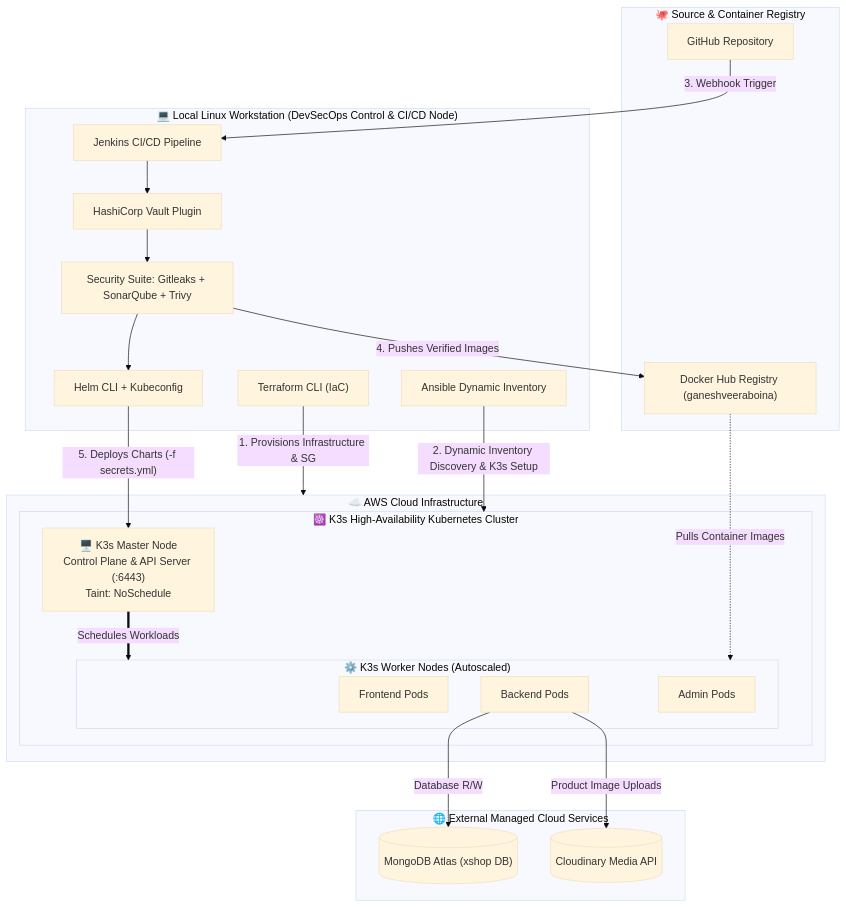
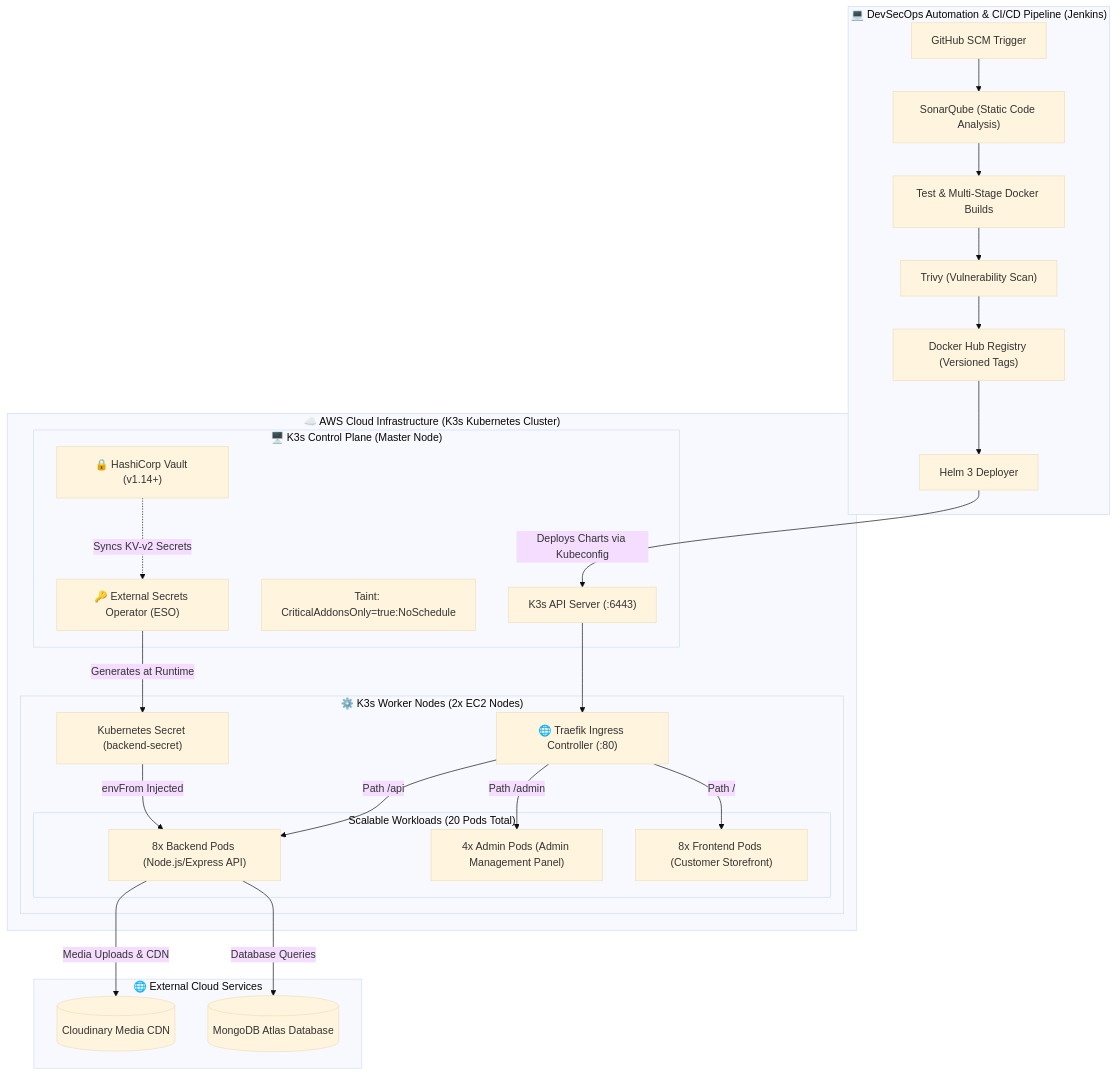
Before and after one commit to GANESHVEERABOINA/x-shop-devops: the diagram in README.md, drawn with Mermaid (base theme). The commit also changed other lines of this file, not shown here.

Commit message:
Docs: Update README.md with HashiCorp Vault, ESO, Traefik Ingress, and DevSecOps architecture

````diff
--- a/README.md
+++ b/README.md
@@ -26,46 +30,51 @@
 ```mermaid
 flowchart TB
-    subgraph Local["💻 Local Linux Workstation (DevSecOps Control & CI/CD Node)"]
-        TF["Terraform CLI (IaC)"]
-        ANS["Ansible Dynamic Inventory"]
-        JNK["Jenkins CI/CD Pipeline"]
-        VAULT["HashiCorp Vault Plugin"]
-        SEC["Security Suite: Gitleaks + SonarQube + Trivy"]
-        HLM["Helm CLI + Kubeconfig"]
-        
-        JNK --> VAULT --> SEC --> HLM
+    subgraph CI_CD["💻 DevSecOps Automation & CI/CD Pipeline (Jenkins)"]
+        SCM["GitHub SCM Trigger"]
+        SQ["SonarQube (Static Code Analysis)"]
+        BUILD["Test & Multi-Stage Docker Builds"]
+        TRIVY["Trivy (Vulnerability Scan)"]
+        DH["Docker Hub Registry (Versioned Tags)"]
+        HELM["Helm 3 Deployer"]
+
+        SCM --> SQ --> BUILD --> TRIVY --> DH --> HELM
     end
 
-    subgraph Registry["🐙 Source & Container Registry"]
-        GH["GitHub Repository"]
-        DH["Docker Hub Registry (ganeshveeraboina)"]
+    subgraph AWS["☁️ AWS Cloud Infrastructure (K3s Kubernetes Cluster)"]
+        subgraph MasterNode["🖥️ K3s Control Plane (Master Node)"]
+            K8sAPI["K3s API Server (:6443)"]
+            Taint["Taint: CriticalAddonsOnly=true:NoSchedule"]
+            Vault["🔒 HashiCorp Vault (v1.14+)"]
+            ESO["🔑 External Secrets Operator (ESO)"]
+        end
+
+        subgraph WorkerNodes["⚙️ K3s Worker Nodes (2x EC2 Nodes)"]
+            Traefik["🌐 Traefik Ingress Controller (:80)"]
+            
+            subgraph Workloads["Scalable Workloads (20 Pods Total)"]
+                FE["8x Frontend Pods (Customer Storefront)"]
+                BE["8x Backend Pods (Node.js/Express API)"]
+                AD["4x Admin Pods (Admin Management Panel)"]
+            end
+            
+            K8sSec["Kubernetes Secret (backend-secret)"]
+        end
+
+        K8sAPI --> Traefik
+        Vault -.->|"Syncs KV-v2 Secrets"| ESO
+        ESO -->|"Generates at Runtime"| K8sSec
+        K8sSec -->|"envFrom Injected"| BE
     end
 
-    subgraph AWS["☁️ AWS Cloud Infrastructure"]
-        subgraph K3sCluster["☸️ K3s High-Availability Kubernetes Cluster"]
-            Master["🖥️ K3s Master Node\nControl Plane & API Server (:6443)\nTaint: NoSchedule"]
-            
-            subgraph Workers["⚙️ K3s Worker Nodes (Autoscaled)"]
-                W_FE["Frontend Pods"]
-                W_BE["Backend Pods"]
-                W_AD["Admin Pods"]
-            end
-            
-            Master ==>|"Schedules Workloads"| Workers
-        end
+    subgraph External["🌐 External Cloud Services"]
+        MONGO[("MongoDB Atlas Database")]
+        CLOUDINARY[("Cloudinary Media CDN")]
     end
 
-    subgraph External["🌐 External Managed Cloud Services"]
-        MONGO[("MongoDB Atlas (xshop DB)")]
-        CLD[("Cloudinary Media API")]
-    end
-
-    TF -->|"1. Provisions Infrastructure & SG"| AWS
-    ANS -->|"2. Dynamic Inventory Discovery & K3s Setup"| K3sCluster
-    GH -->|"3. Webhook Trigger"| JNK
-    SEC -->|"4. Pushes Verified Images"| DH
-    HLM -->|"5. Deploys Charts (-f secrets.yml)"| Master
-    DH -.->|"Pulls Container Images"| Workers
-    W_BE -->|"Database R/W"| MONGO
-    W_BE -->|"Product Image Uploads"| CLD
+    HELM -->|"Deploys Charts via Kubeconfig"| K8sAPI
+    BE -->|"Database Queries"| MONGO
+    BE -->|"Media Uploads & CDN"| CLOUDINARY
+    Traefik -->|"Path /"| FE
+    Traefik -->|"Path /admin"| AD
+    Traefik -->|"Path /api"| BE
 ```
````
